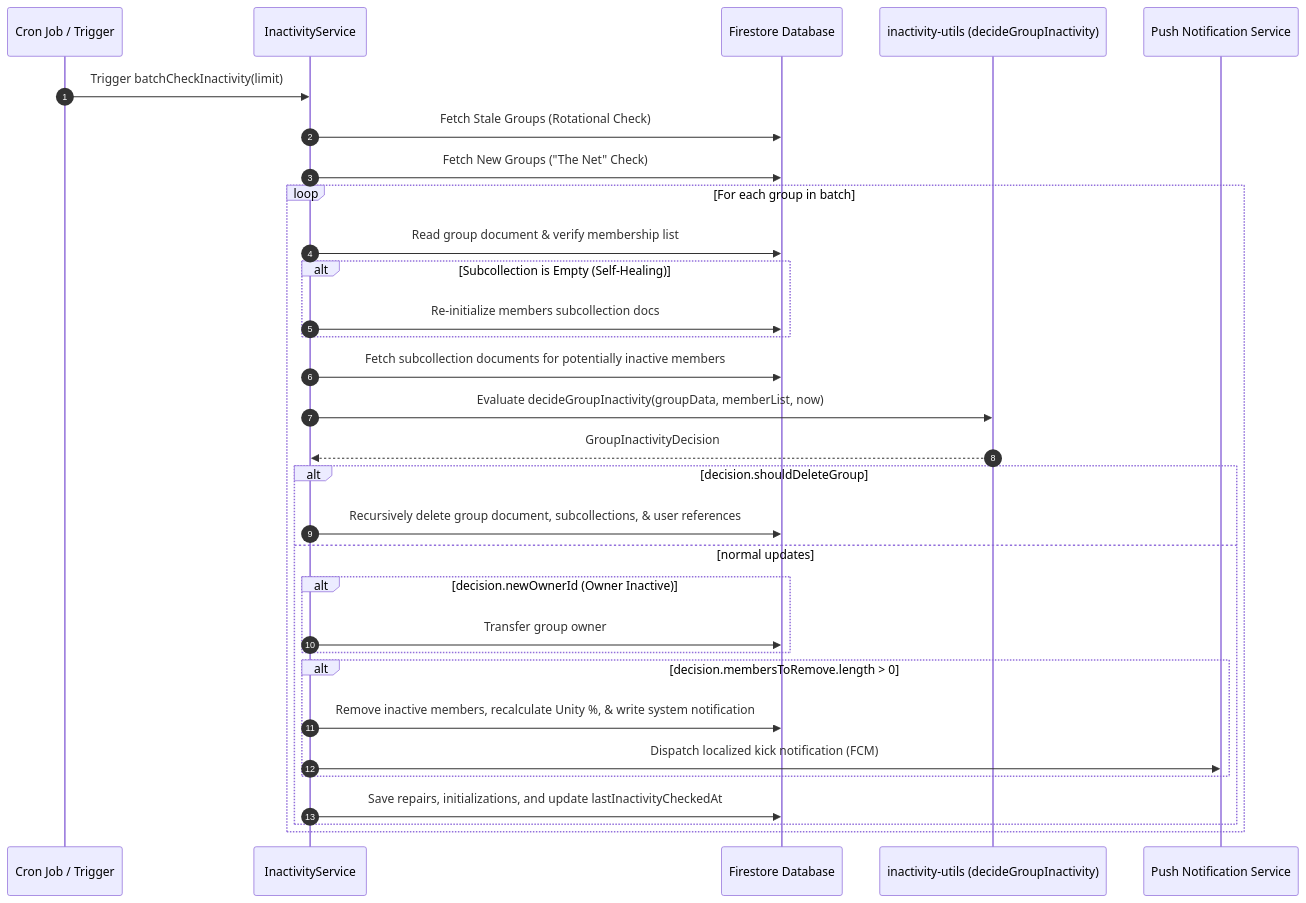
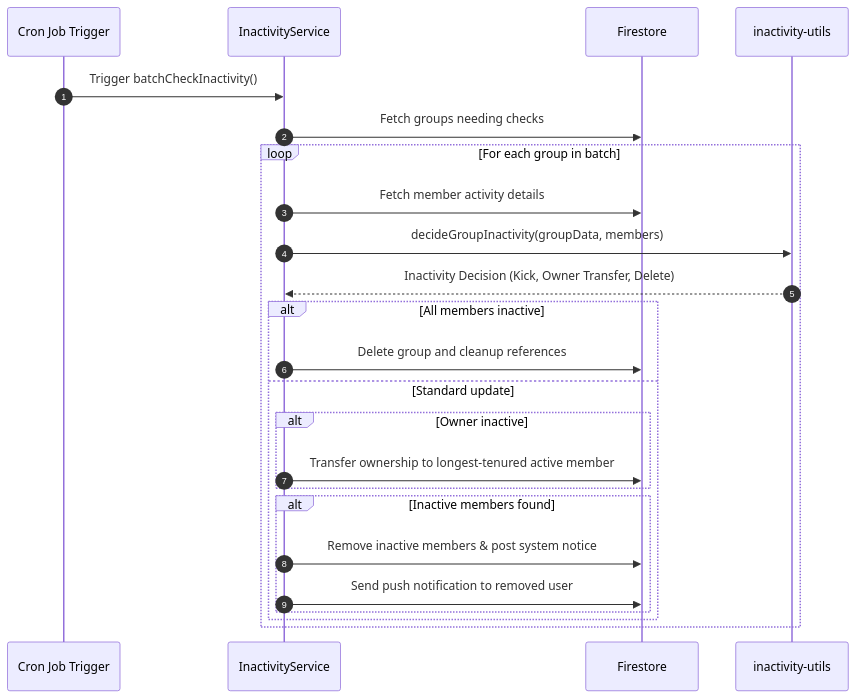
Before and after one commit to ScriptureHabit/scripture-habit: the diagram in docs/inactivity-and-autokick.md, drawn with Mermaid. The commit also changed other lines of this file and 19 other files, not shown here.

````diff
--- a/docs/inactivity-and-autokick.md
+++ b/docs/inactivity-and-autokick.md
@@ -13,35 +13,28 @@
 ```mermaid
 sequenceDiagram
     autonumber
-    participant Cron as Cron Job / Trigger
+    participant Cron as Cron Job Trigger
     participant Service as InactivityService
-    participant DB as Firestore Database
-    participant Utils as inactivity-utils (decideGroupInactivity)
-    participant FCM as Push Notification Service
+    participant DB as Firestore
+    participant Utils as inactivity-utils
 
-    Cron->>Service: Trigger batchCheckInactivity(limit)
-    Service->>DB: Fetch Stale Groups (Rotational Check)
-    Service->>DB: Fetch New Groups ("The Net" Check)
+    Cron->>Service: Trigger batchCheckInactivity()
+    Service->>DB: Fetch groups needing checks
     loop For each group in batch
-        Service->>DB: Read group document & verify membership list
-        alt Subcollection is Empty (Self-Healing)
-            Service->>DB: Re-initialize members subcollection docs
-        end
-        Service->>DB: Fetch subcollection documents for potentially inactive members
-        Service->>Utils: Evaluate decideGroupInactivity(groupData, memberList, now)
-        Utils-->>Service: GroupInactivityDecision
+        Service->>DB: Fetch member activity details
+        Service->>Utils: decideGroupInactivity(groupData, members)
+        Utils-->>Service: Inactivity Decision (Kick, Owner Transfer, Delete)
         
-        alt decision.shouldDeleteGroup
-            Service->>DB: Recursively delete group document, subcollections, & user references
-        else normal updates
-            alt decision.newOwnerId (Owner Inactive)
-                Service->>DB: Transfer group owner
+        alt All members inactive
+            Service->>DB: Delete group and cleanup references
+        else Standard update
+            alt Owner inactive
+                Service->>DB: Transfer ownership to longest-tenured active member
             end
-            alt decision.membersToRemove.length > 0
-                Service->>DB: Remove inactive members, recalculate Unity %, & write system notification
-                Service->>FCM: Dispatch localized kick notification (FCM)
+            alt Inactive members found
+                Service->>DB: Remove inactive members & post system notice
+                Service->>DB: Send push notification to removed user
             end
-            Service->>DB: Save repairs, initializations, and update lastInactivityCheckedAt
         end
     end
 ```
````
